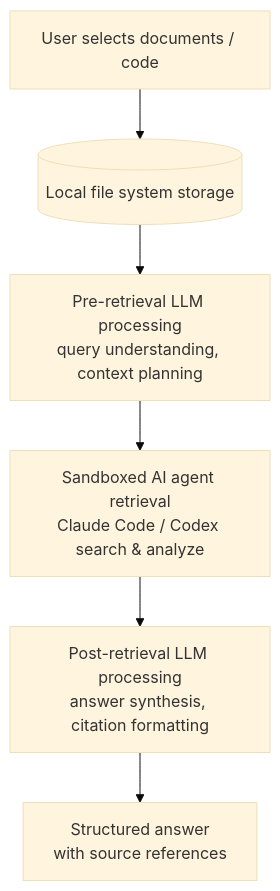
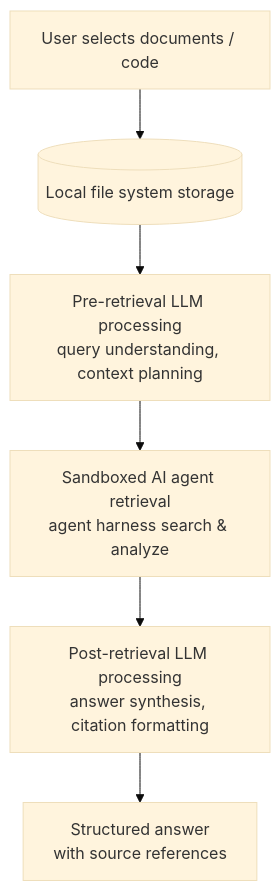
The diagram in README.md (HyperBDR/sourcelens), drawn with Mermaid (base theme) before and after one commit. The commit also changed other lines of this file and 1 other file, not shown here.

First line of the commit message:
docs(readme): clarify agent harness is analogous to, not built on, Claude Code/Codex

````diff
--- a/README.md
+++ b/README.md
@@ -18,8 +18,8 @@
 ```mermaid
 flowchart TD
     A["User selects documents / code"] --> B[("Local file system storage")]
     B --> C["Pre-retrieval LLM processing<br/>query understanding, context planning"]
-    C --> D["Sandboxed AI agent retrieval<br/>Claude Code / Codex search &amp; analyze"]
+    C --> D["Sandboxed AI agent retrieval<br/>agent harness search &amp; analyze"]
     D --> E["Post-retrieval LLM processing<br/>answer synthesis, citation formatting"]
     E --> F["Structured answer<br/>with source references"]
 ```
````
